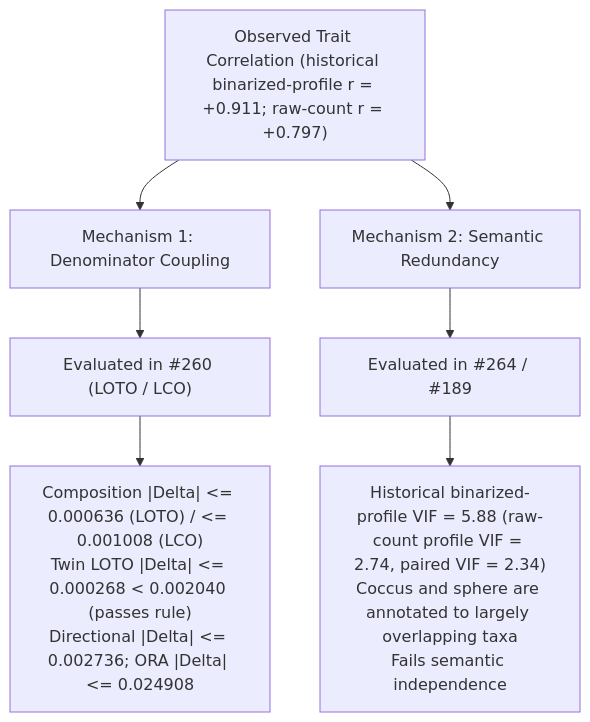
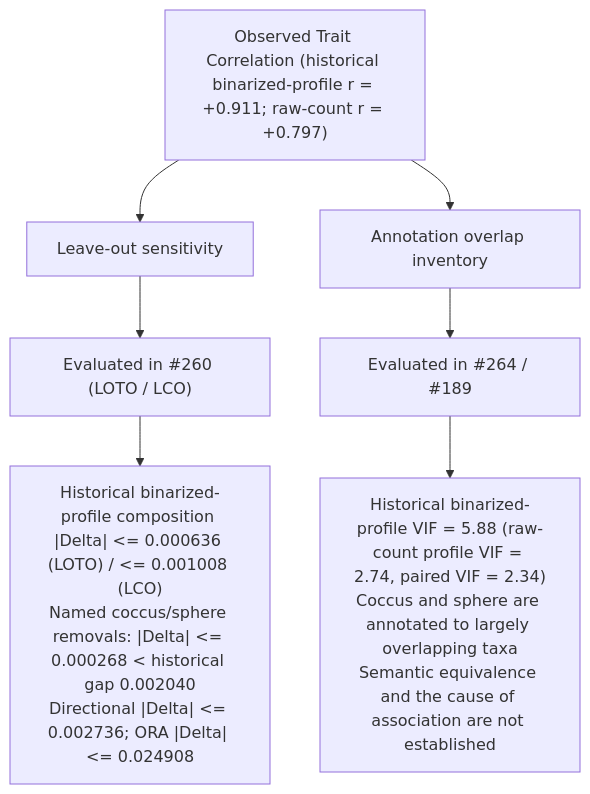
The diagram in methods/trait_coupling_sensitivity.md (CultureBotAI/microbial-trait-profiling), drawn with Mermaid before and after one commit. The commit also changed other lines of this file and 5 other files, not shown here.

````diff
--- a/methods/trait_coupling_sensitivity.md
+++ b/methods/trait_coupling_sensitivity.md
@@ -178,9 +179,9 @@
 ```mermaid
 flowchart TD
-    A["Observed Trait Correlation (historical binarized-profile r = +0.911; raw-count r = +0.797)"] --> B["Mechanism 1: Denominator Coupling"]
-    A --> C["Mechanism 2: Semantic Redundancy"]
+    A["Observed Trait Correlation (historical binarized-profile r = +0.911; raw-count r = +0.797)"] --> B["Leave-out sensitivity"]
+    A --> C["Annotation overlap inventory"]
     B --> D["Evaluated in #260 (LOTO / LCO)"]
     C --> E["Evaluated in #264 / #189"]
-    D --> F["Composition |Delta| <= 0.000636 (LOTO) / <= 0.001008 (LCO)<br/>Twin LOTO |Delta| <= 0.000268 < 0.002040 (passes rule)<br/>Directional |Delta| <= 0.002736; ORA |Delta| <= 0.024908"]
-    E --> G["Historical binarized-profile VIF = 5.88 (raw-count profile VIF = 2.74, paired VIF = 2.34)<br/>Coccus and sphere are annotated to largely overlapping taxa<br/>Fails semantic independence"]
+    D --> F["Historical binarized-profile composition |Delta| <= 0.000636 (LOTO) / <= 0.001008 (LCO)<br/>Named coccus/sphere removals: |Delta| <= 0.000268 < historical gap 0.002040<br/>Directional |Delta| <= 0.002736; ORA |Delta| <= 0.024908"]
+    E --> G["Historical binarized-profile VIF = 5.88 (raw-count profile VIF = 2.74, paired VIF = 2.34)<br/>Coccus and sphere are annotated to largely overlapping taxa<br/>Semantic equivalence and the cause of association are not established"]
 ```
````
